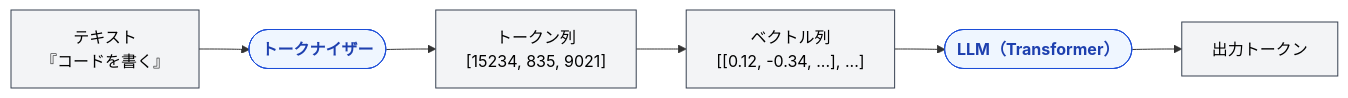
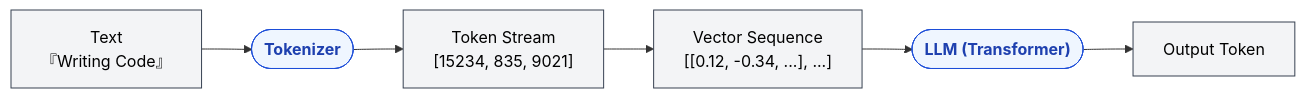
Before and after one commit to shuji-bonji/understanding-llm-through-claude-code: the first of 5 diagrams in docs/02-context-window/token-context-basics.md, drawn with Mermaid. The commit also changed other lines of this file and 100 other files, not shown here.

````diff
--- a/docs/02-context-window/token-context-basics.md
+++ b/docs/02-context-window/token-context-basics.md
@@ -25,20 +27,20 @@
 ```mermaid
 graph LR
-    TEXT["テキスト<br/>『コードを書く』"]
-    TOKENIZER(["トークナイザー"])
-    TOKENS["トークン列<br/>[15234, 835, 9021]"]
-    VECTORS["ベクトル列<br/>[[0.12, -0.34, ...], ...]"]
-    LLM(["LLM（Transformer）"])
-    OUTPUT["出力トークン"]
+    TEXT["Text<br/>『Writing Code』"]
+    TOKENIZER(["Tokenizer"])
+    TOKENS["Token Stream<br/>[15234, 835, 9021]"]
+    VECTORS["Vector Sequence<br/>[[0.12, -0.34, ...], ...]"]
+    LLM(["LLM (Transformer)"])
+    OUTPUT["Output Token"]
 
     TEXT --> TOKENIZER
     TOKENIZER --> TOKENS
     TOKENS --> VECTORS
     VECTORS --> LLM
     LLM --> OUTPUT
 
     classDef process fill:#eff6ff,stroke:#1d4ed8,color:#1e40af,font-weight:bold
     classDef data fill:#f3f4f6,stroke:#374151,color:#000
     class TOKENIZER,LLM process
     class TEXT,TOKENS,VECTORS,OUTPUT data
 ```
````
